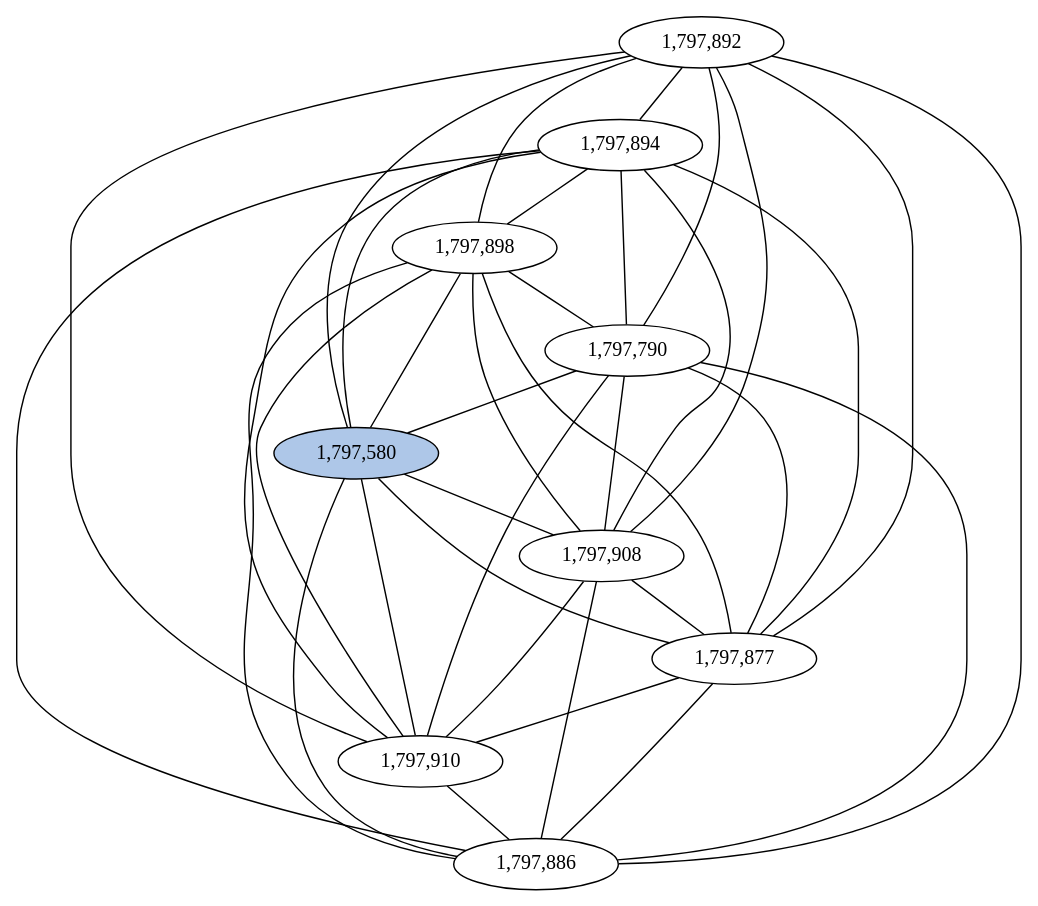
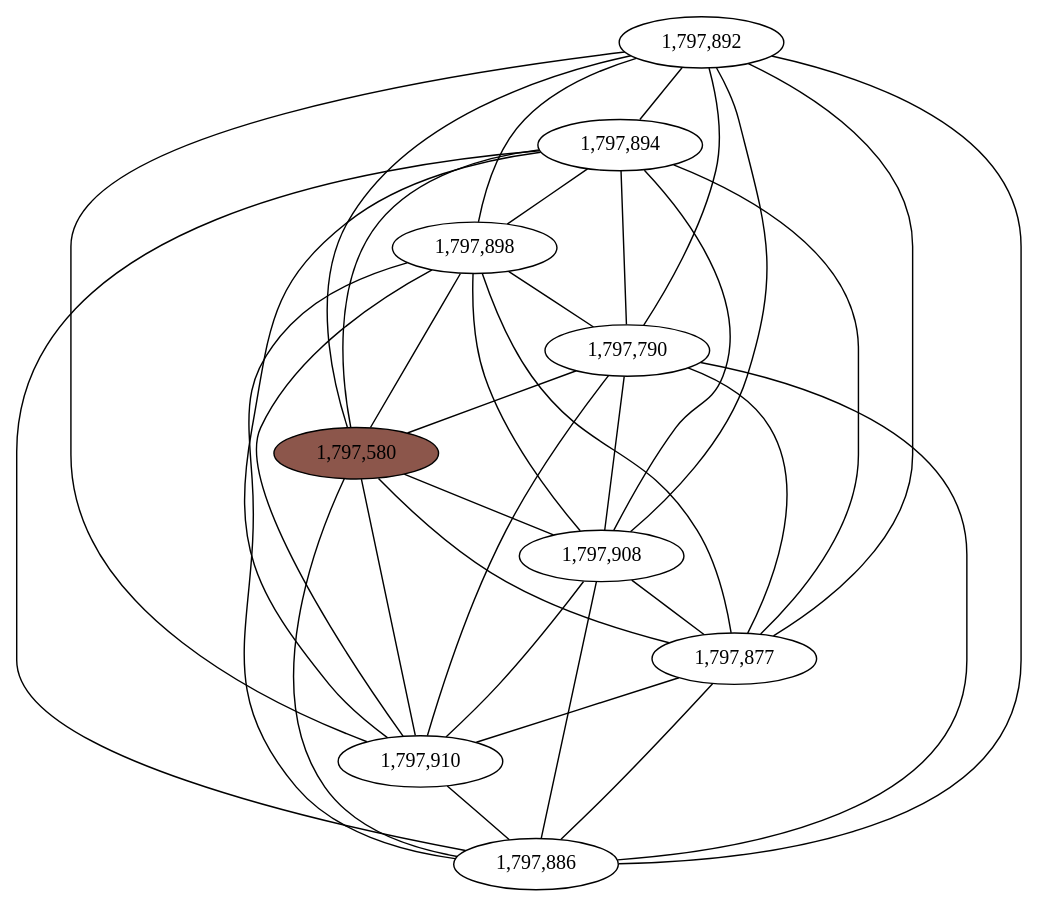
The diagram in notebooks/graphs/BACTEROIDALES_cc6.gv (fedarko/sheepgut), drawn with Graphviz before and after one commit. The commit also changed 48 other files, not shown here.

```diff
--- a/notebooks/graphs/BACTEROIDALES_cc6.gv
+++ b/notebooks/graphs/BACTEROIDALES_cc6.gv
@@ -1,49 +1,49 @@
 graph BACTEROIDALES_cc6 {
 	overlap="prism50";
 	outputorder="edgesfirst";
 	"1,797,892" [style="filled", fillcolor="#ffffff", fontcolor="#000000"];
 	"1,797,894" [style="filled", fillcolor="#ffffff", fontcolor="#000000"];
 	"1,797,898" [style="filled", fillcolor="#ffffff", fontcolor="#000000"];
 	"1,797,790" [style="filled", fillcolor="#ffffff", fontcolor="#000000"];
-	"1,797,580" [style="filled", fillcolor="#aec7e8", fontcolor="#000000"];
+	"1,797,580" [style="filled", fillcolor="#8c564b", fontcolor="#000000"];
 	"1,797,908" [style="filled", fillcolor="#ffffff", fontcolor="#000000"];
 	"1,797,877" [style="filled", fillcolor="#ffffff", fontcolor="#000000"];
 	"1,797,910" [style="filled", fillcolor="#ffffff", fontcolor="#000000"];
 	"1,797,886" [style="filled", fillcolor="#ffffff", fontcolor="#000000"];
 	"1,797,892" -- "1,797,580";
 	"1,797,892" -- "1,797,790";
 	"1,797,892" -- "1,797,877";
 	"1,797,892" -- "1,797,886";
 	"1,797,892" -- "1,797,894";
 	"1,797,892" -- "1,797,898";
 	"1,797,892" -- "1,797,908";
 	"1,797,892" -- "1,797,910";
 	"1,797,894" -- "1,797,580";
 	"1,797,894" -- "1,797,790";
 	"1,797,894" -- "1,797,877";
 	"1,797,894" -- "1,797,886";
 	"1,797,894" -- "1,797,898";
 	"1,797,894" -- "1,797,908";
 	"1,797,894" -- "1,797,910";
 	"1,797,898" -- "1,797,580";
 	"1,797,898" -- "1,797,790";
 	"1,797,898" -- "1,797,877";
 	"1,797,898" -- "1,797,886";
 	"1,797,898" -- "1,797,908";
 	"1,797,898" -- "1,797,910";
 	"1,797,790" -- "1,797,580";
 	"1,797,790" -- "1,797,877";
 	"1,797,790" -- "1,797,886";
 	"1,797,790" -- "1,797,908";
 	"1,797,790" -- "1,797,910";
 	"1,797,580" -- "1,797,877";
 	"1,797,580" -- "1,797,886";
 	"1,797,580" -- "1,797,908";
 	"1,797,580" -- "1,797,910";
 	"1,797,908" -- "1,797,877";
 	"1,797,908" -- "1,797,886";
 	"1,797,908" -- "1,797,910";
 	"1,797,877" -- "1,797,886";
 	"1,797,877" -- "1,797,910";
 	"1,797,910" -- "1,797,886";
 }
```
